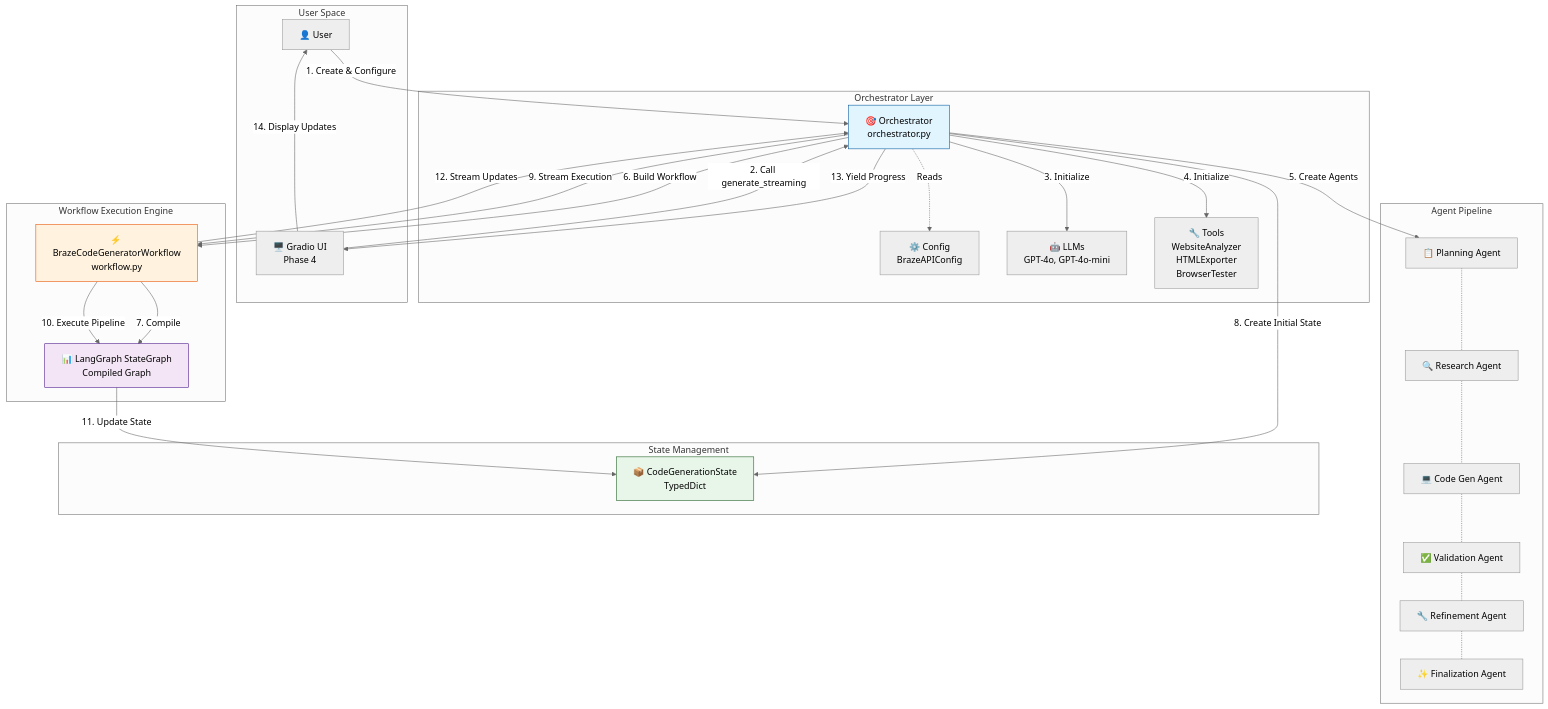
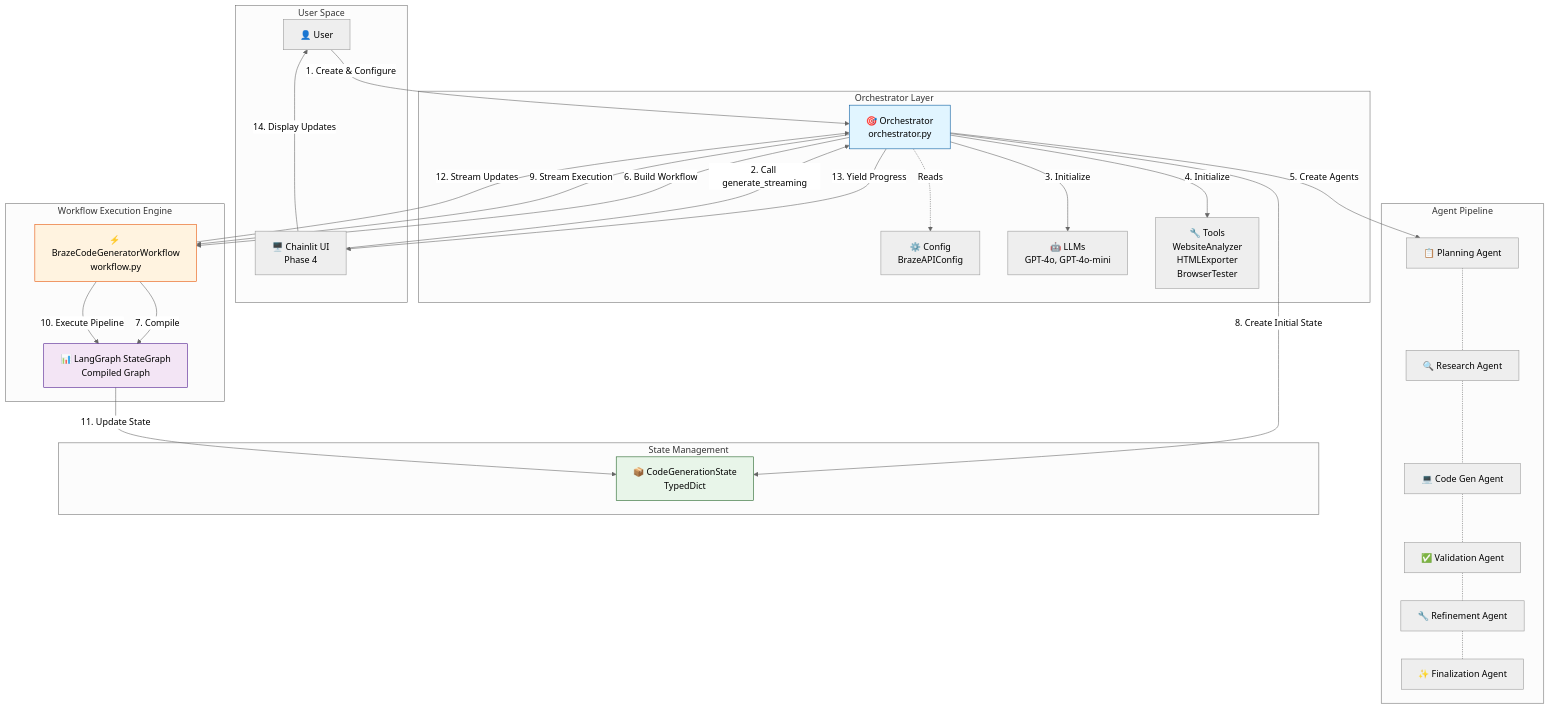
One commit to jacobjaffe972/braze-sdk-demo-builder changed the first of 6 diagrams in docs/WORKFLOW_DIAGRAMS.md. Above: the diagram before and after it, drawn with Mermaid (neutral theme). The commit also changed other lines of this file and 45 other files, not shown here.

````diff
--- a/docs/WORKFLOW_DIAGRAMS.md
+++ b/docs/WORKFLOW_DIAGRAMS.md
@@ -5,63 +5,63 @@
 ```mermaid
 graph TB
     subgraph "User Space"
         User[👤 User]
-        UI[🖥️ Gradio UI<br/>Phase 4]
+        UI[🖥️ Chainlit UI<br/>Phase 4]
     end
 
     subgraph "Orchestrator Layer"
         Orch[🎯 Orchestrator<br/>orchestrator.py]
         Config[⚙️ Config<br/>BrazeAPIConfig]
         LLMs[🤖 LLMs<br/>GPT-4o, GPT-4o-mini]
         Tools[🔧 Tools<br/>WebsiteAnalyzer<br/>HTMLExporter<br/>BrowserTester]
     end
 
     subgraph "Workflow Execution Engine"
         WF[⚡ BrazeCodeGeneratorWorkflow<br/>workflow.py]
         Graph[📊 LangGraph StateGraph<br/>Compiled Graph]
     end
 
     subgraph "Agent Pipeline"
         A1[📋 Planning Agent]
         A2[🔍 Research Agent]
         A3[💻 Code Gen Agent]
         A4[✅ Validation Agent]
         A5[🔧 Refinement Agent]
         A6[✨ Finalization Agent]
     end
 
     subgraph "State Management"
         State[📦 CodeGenerationState<br/>TypedDict]
     end
 
     User -->|1. Create & Configure| Orch
     Orch -.->|Reads| Config
 
     UI -->|2. Call generate_streaming| Orch
     Orch -->|3. Initialize| LLMs
     Orch -->|4. Initialize| Tools
 
     Orch -->|5. Create Agents| A1
     A1 -.- A2
     A2 -.- A3
     A3 -.- A4
     A4 -.- A5
     A5 -.- A6
 
     Orch -->|6. Build Workflow| WF
     WF -->|7. Compile| Graph
 
     Orch -->|8. Create Initial State| State
     Orch -->|9. Stream Execution| WF
     WF -->|10. Execute Pipeline| Graph
     Graph -->|11. Update State| State
     WF -->|12. Stream Updates| Orch
     Orch -->|13. Yield Progress| UI
     UI -->|14. Display Updates| User
 
     style Orch fill:#e1f5ff,stroke:#01579b
     style WF fill:#fff3e0,stroke:#e65100
     style Graph fill:#f3e5f5,stroke:#4a148c
     style State fill:#e8f5e9,stroke:#1b5e20
     style Config fill:#eeeeee,stroke:#9e9e9e
 ```
````
